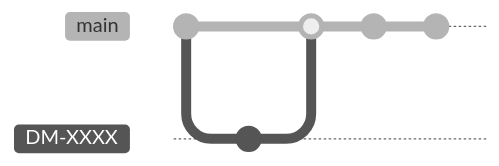
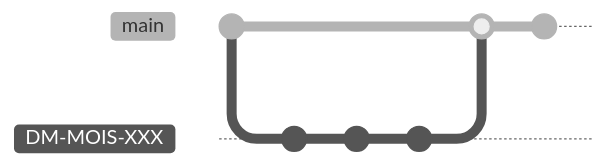
Before and after one commit to ansforge/ig-terminlogie-de-sante: the second of 2 diagrams in DM/readme.md, drawn with Mermaid (neutral theme). Commit ids are hidden.

````diff
--- a/DM/readme.md
+++ b/DM/readme.md
@@ -48,11 +48,11 @@
 ```mermaid
 gitGraph
-        commit
-        branch DM-XXXX
-        checkout DM-XXXX
-        commit "sdsd"
+        commit 
+        branch DM-MOIS-XXX
+        commit id: "gestion DM XXX"
+        commit id: "gestion DM XXXX"
+        commit id: "gestion DM ..."
         checkout main
-        merge DM-XXXX
-        commit
+        merge DM-MOIS-XXX
         commit
  ```
````
